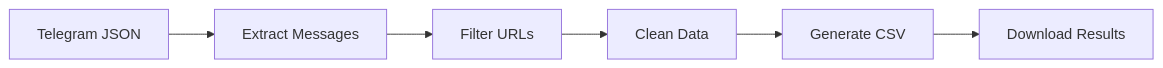
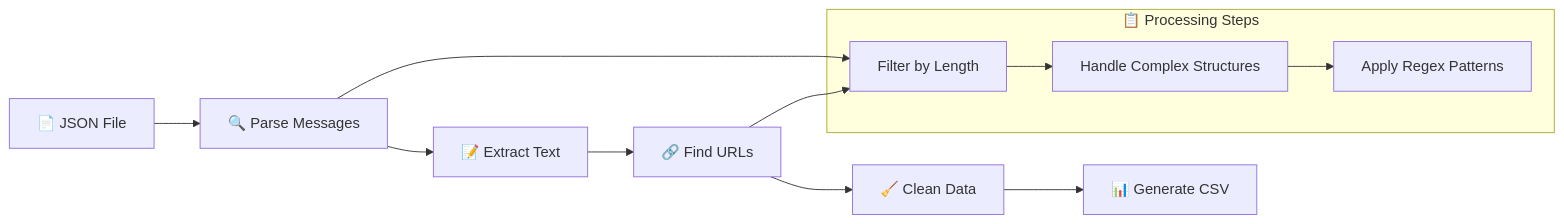
Before and after one commit to Yash-Kavaiya/telegram-url-scraper: the fourth of 6 diagrams in README.md, drawn with Mermaid. The commit also changed other lines of this file, not shown here.

````diff
--- a/README.md
+++ b/README.md
@@ -109,8 +216,16 @@
 ```mermaid
-flowchart LR
-    A[Telegram JSON] --> B[Extract Messages]
-    B --> C[Filter URLs]
-    C --> D[Clean Data]
-    D --> E[Generate CSV]
-    E --> F[Download Results]
+graph LR
+    A[📄 JSON File] --> B[🔍 Parse Messages]
+    B --> C[📝 Extract Text]
+    C --> D[🔗 Find URLs]
+    D --> E[🧹 Clean Data]
+    E --> F[📊 Generate CSV]
+    
+    subgraph "📋 Processing Steps"
+        B1[Filter by Length] --> B2[Handle Complex Structures]
+        B2 --> B3[Apply Regex Patterns]
+    end
+    
+    B --> B1
+    D --> B1
 ```
````
